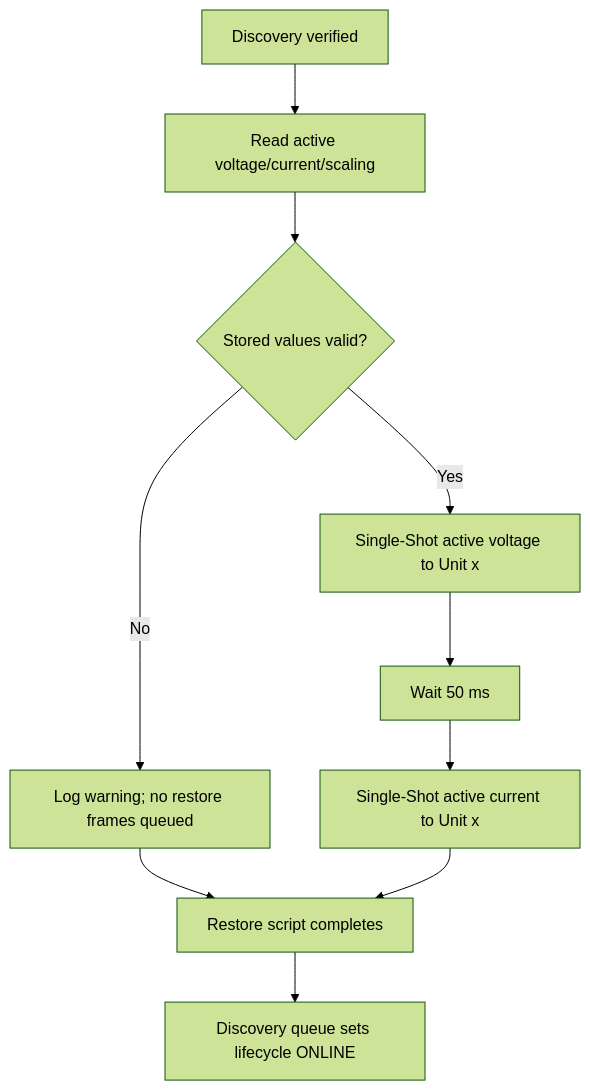
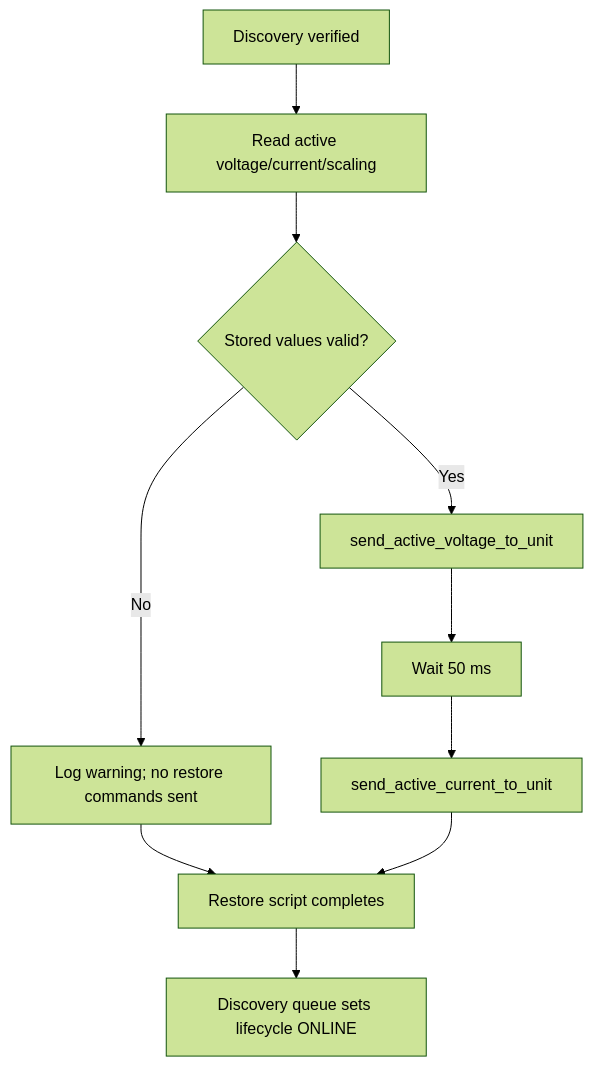
One commit to anwa/esphome-r4875g1-3phase-charger changed diagram 11 of 20 in R4875G1_CONTROL_FLOWS.md. Above: the diagram before and after it, drawn with Mermaid (forest theme). The commit also changed other lines of this file, not shown here.

Commit message:
Align control flows with stable CAN baseline

````diff
--- a/R4875G1_CONTROL_FLOWS.md
+++ b/R4875G1_CONTROL_FLOWS.md
@@ -394,12 +393,12 @@
 ```mermaid
 flowchart TD
     A[Discovery verified] --> B[Read active voltage/current/scaling]
     B --> C{Stored values valid?}
-    C -- No --> D[Log warning; no restore frames queued]
-    C -- Yes --> E[Single-Shot active voltage to Unit x]
+    C -- No --> D[Log warning; no restore commands sent]
+    C -- Yes --> E[send_active_voltage_to_unit]
     E --> F[Wait 50 ms]
-    F --> G[Single-Shot active current to Unit x]
+    F --> G[send_active_current_to_unit]
     D --> H[Restore script completes]
     G --> H
     H --> I[Discovery queue sets lifecycle ONLINE]
 ```
````
